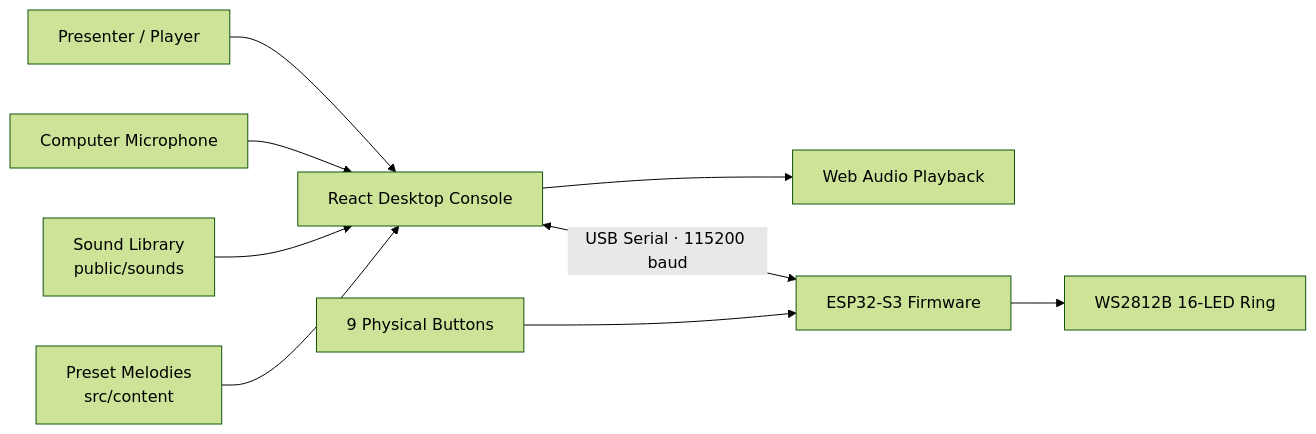
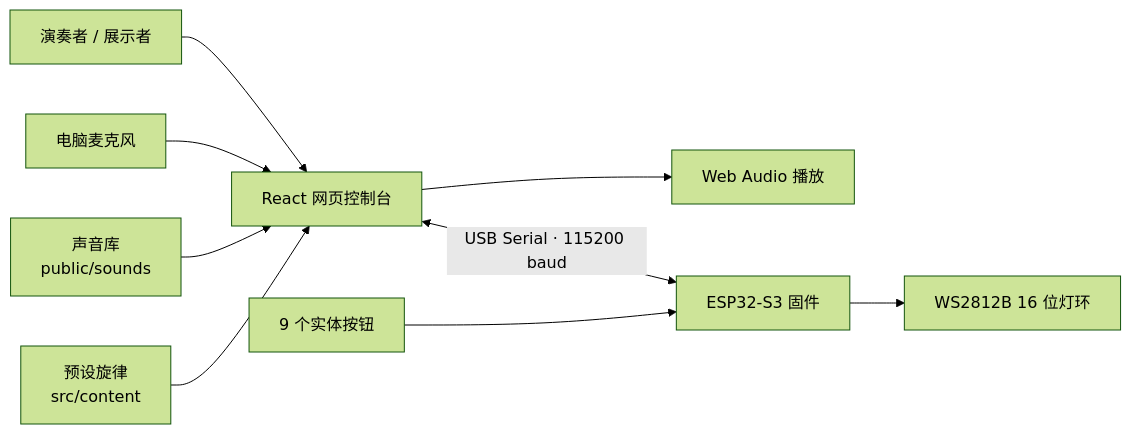
The diagram in README.md (Jackey0903/AI-Builder), drawn with Mermaid (forest theme) before and after one commit. The commit also changed other lines of this file and 1 other file, not shown here.

````diff
--- a/README.md
+++ b/README.md
@@ -91,11 +98,11 @@
 ```mermaid
 flowchart LR
-  Player["Presenter / Player"] --> UI["React Desktop Console"]
-  Mic["Computer Microphone"] --> UI
-  Library["Sound Library<br/>public/sounds"] --> UI
-  Presets["Preset Melodies<br/>src/content"] --> UI
-  UI --> Audio["Web Audio Playback"]
-  UI <-->|"USB Serial · 115200 baud"| ESP["ESP32-S3 Firmware"]
-  Buttons["9 Physical Buttons"] --> ESP
-  ESP --> LED["WS2812B 16-LED Ring"]
+  Player["演奏者 / 展示者"] --> UI["React 网页控制台"]
+  Mic["电脑麦克风"] --> UI
+  Library["声音库<br/>public/sounds"] --> UI
+  Presets["预设旋律<br/>src/content"] --> UI
+  UI --> Audio["Web Audio 播放"]
+  UI <-->|"USB Serial · 115200 baud"| ESP["ESP32-S3 固件"]
+  Buttons["9 个实体按钮"] --> ESP
+  ESP --> LED["WS2812B 16 位灯环"]
 ```
````
